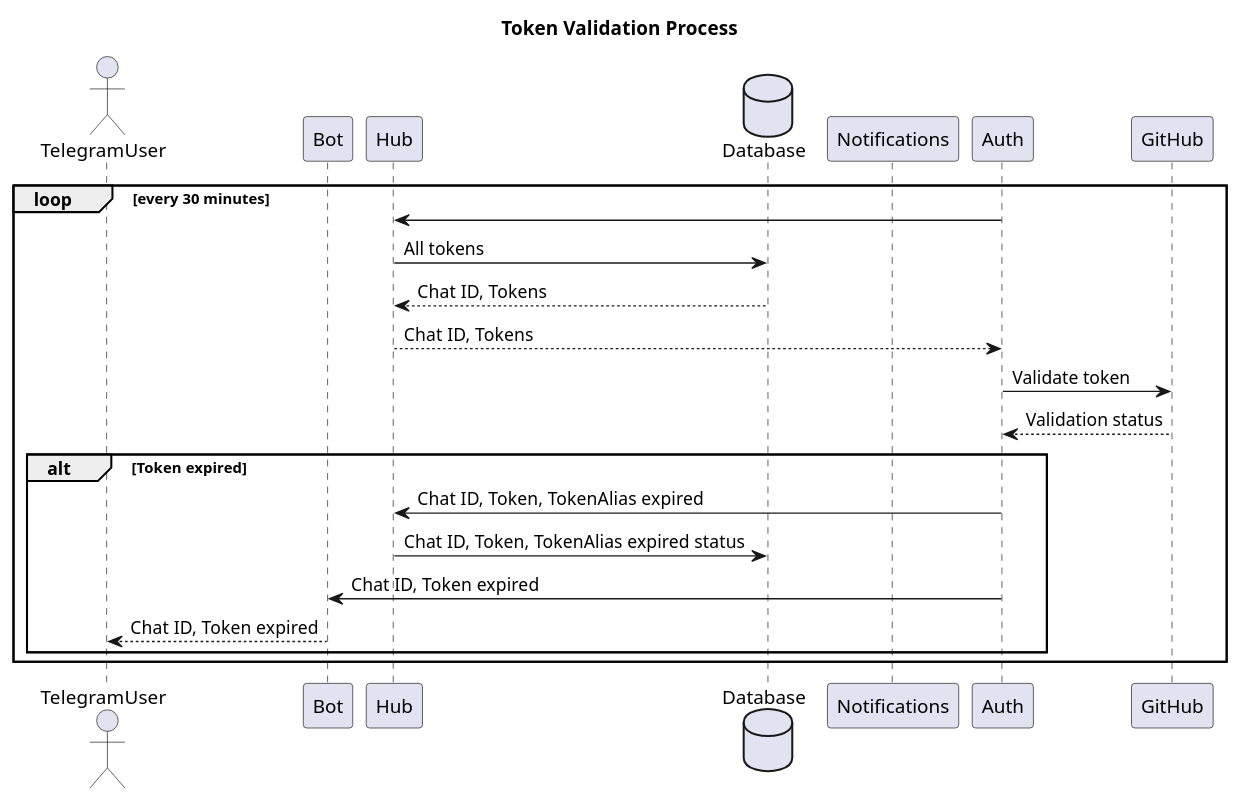
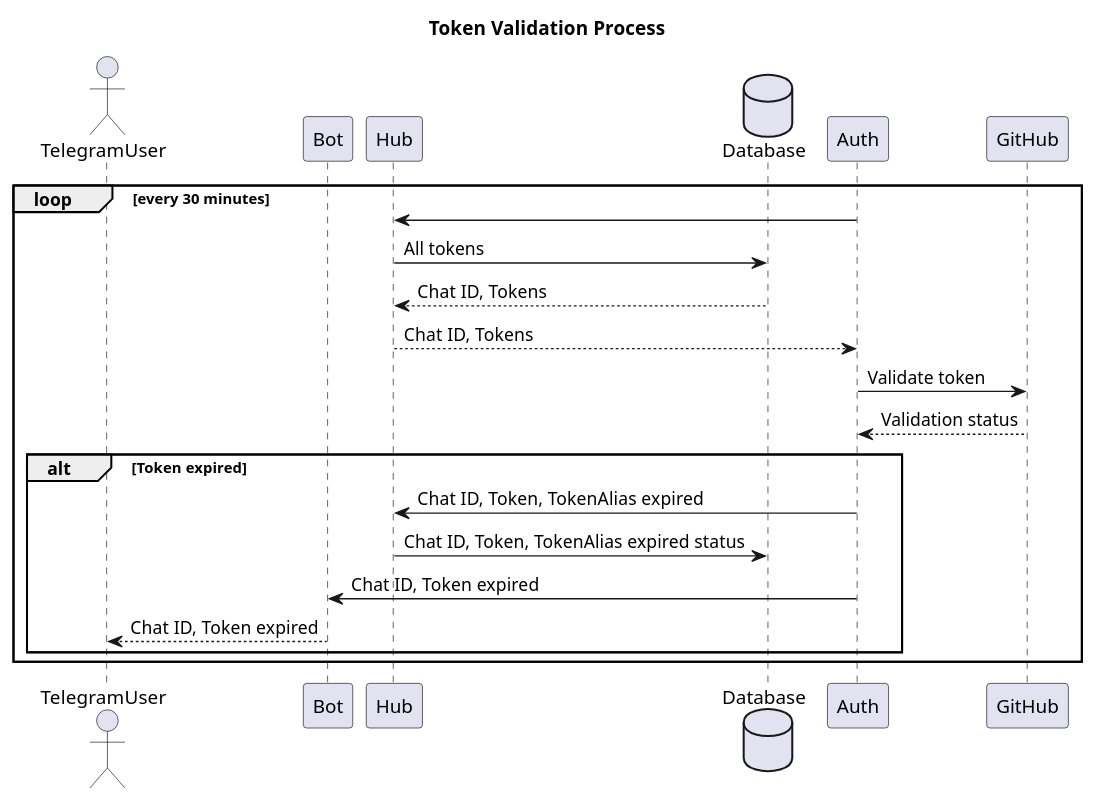
One commit to Blamer-io/bot changed the diagram in diagrams/token-validation.puml. Above: the diagram before and after it, drawn with PlantUML. The commit also changed 1 other file, not shown here.

Commit message:
more clean diagrams

```diff
--- a/diagrams/token-validation.puml
+++ b/diagrams/token-validation.puml
@@ -1,25 +1,24 @@
 @startuml
 title Token Validation Process
 actor       TelegramUser as user
 participant Bot as bot
 participant Hub as hub
 database    Database    as db
-participant Notifications as notifications
 participant Auth as auth
 participant GitHub as github
 
 loop every 30 minutes
  auth -> hub
  hub -> db: All tokens
  db --> hub: Chat ID, Tokens
  hub --> auth: Chat ID, Tokens
  auth -> github: Validate token
  github --> auth: Validation status
  alt Token expired
      auth -> hub: Chat ID, Token, TokenAlias expired
      hub -> db: Chat ID, Token, TokenAlias expired status
          auth -> bot: Chat ID, Token expired
      bot --> user: Chat ID, Token expired
   end
 end
 @enduml
```
